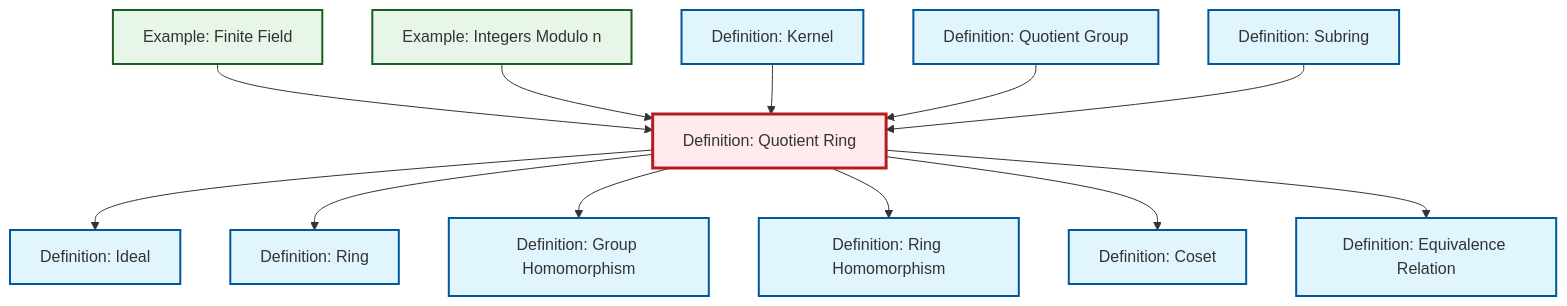
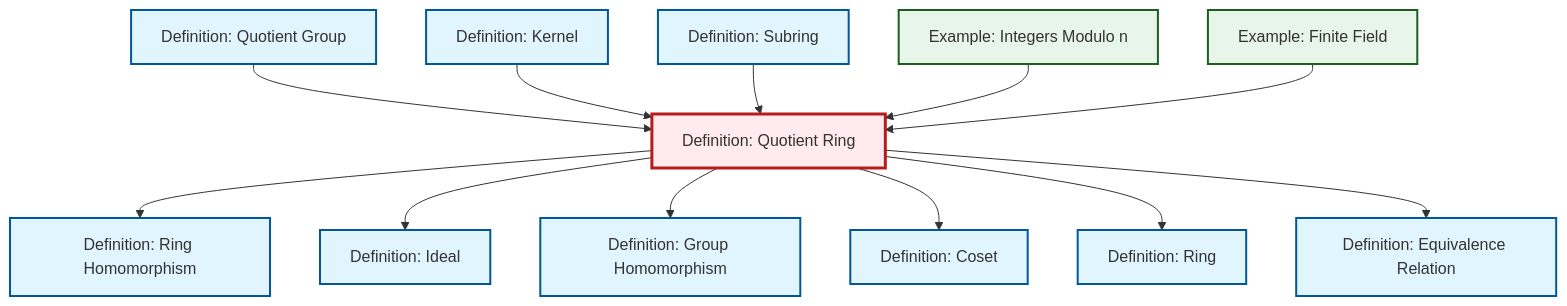
The diagram in content/ja/algebra/def-quotient-ring.qmd (RK0429/ModernMath), drawn with Mermaid before and after one commit. The commit also changed other lines of this file and 634 other files, not shown here.

First line of the commit message:
feat: Add prime ideal definition with comprehensive cross-references

````diff
--- a/content/ja/algebra/def-quotient-ring.qmd
+++ b/content/ja/algebra/def-quotient-ring.qmd
@@ -81,44 +83,44 @@
 ```{mermaid}
 %%| fig-cap: "Local dependency graph"
 graph TD
     classDef definition fill:#e1f5fe,stroke:#01579b,stroke-width:2px
     classDef theorem fill:#f3e5f5,stroke:#4a148c,stroke-width:2px
     classDef axiom fill:#fff3e0,stroke:#e65100,stroke-width:2px
     classDef example fill:#e8f5e9,stroke:#1b5e20,stroke-width:2px
     classDef current fill:#ffebee,stroke:#b71c1c,stroke-width:3px
-    ex-finite-field["Example: Finite Field"]:::example
+    def-quotient-ring["Definition: Quotient Ring"]:::definition
     def-ring-homomorphism["Definition: Ring Homomorphism"]:::definition
-    def-kernel["Definition: Kernel"]:::definition
-    def-ideal["Definition: Ideal"]:::definition
     def-quotient-group["Definition: Quotient Group"]:::definition
+    def-ring["Definition: Ring"]:::definition
     def-equivalence-relation["Definition: Equivalence Relation"]:::definition
-    def-coset["Definition: Coset"]:::definition
     def-subring["Definition: Subring"]:::definition
     ex-quotient-integers-mod-n["Example: Integers Modulo n"]:::example
-    def-quotient-ring["Definition: Quotient Ring"]:::definition
+    ex-finite-field["Example: Finite Field"]:::example
+    def-kernel["Definition: Kernel"]:::definition
     def-homomorphism["Definition: Group Homomorphism"]:::definition
-    def-ring["Definition: Ring"]:::definition
+    def-coset["Definition: Coset"]:::definition
+    def-ideal["Definition: Ideal"]:::definition
+    def-quotient-ring --> def-ring-homomorphism
+    def-quotient-group --> def-quotient-ring
+    def-kernel --> def-quotient-ring
+    def-subring --> def-quotient-ring
     def-quotient-ring --> def-ideal
+    def-quotient-ring --> def-homomorphism
+    ex-quotient-integers-mod-n --> def-quotient-ring
+    def-quotient-ring --> def-coset
+    def-quotient-ring --> def-ring
     ex-finite-field --> def-quotient-ring
-    def-quotient-ring --> def-ring
-    ex-quotient-integers-mod-n --> def-quotient-ring
-    def-quotient-ring --> def-homomorphism
-    def-kernel --> def-quotient-ring
-    def-quotient-group --> def-quotient-ring
-    def-quotient-ring --> def-ring-homomorphism
-    def-subring --> def-quotient-ring
-    def-quotient-ring --> def-coset
     def-quotient-ring --> def-equivalence-relation
     class def-quotient-ring current
-    click ex-finite-field "ex-finite-field.html" "Example: Finite Fieldへ"
     click def-ring-homomorphism "def-ring-homomorphism.html" "Definition: Ring Homomorphismへ"
-    click def-kernel "def-kernel.html" "Definition: Kernelへ"
-    click def-ideal "def-ideal.html" "Definition: Idealへ"
     click def-quotient-group "def-quotient-group.html" "Definition: Quotient Groupへ"
+    click def-ring "def-ring.html" "Definition: Ringへ"
     click def-equivalence-relation "def-equivalence-relation.html" "Definition: Equivalence Relationへ"
-    click def-coset "def-coset.html" "Definition: Cosetへ"
     click def-subring "def-subring.html" "Definition: Subringへ"
     click ex-quotient-integers-mod-n "ex-quotient-integers-mod-n.html" "Example: Integers Modulo nへ"
+    click ex-finite-field "ex-finite-field.html" "Example: Finite Fieldへ"
+    click def-kernel "def-kernel.html" "Definition: Kernelへ"
     click def-homomorphism "def-homomorphism.html" "Definition: Group Homomorphismへ"
-    click def-ring "def-ring.html" "Definition: Ringへ"
+    click def-coset "def-coset.html" "Definition: Cosetへ"
+    click def-ideal "def-ideal.html" "Definition: Idealへ"
 ```
````
